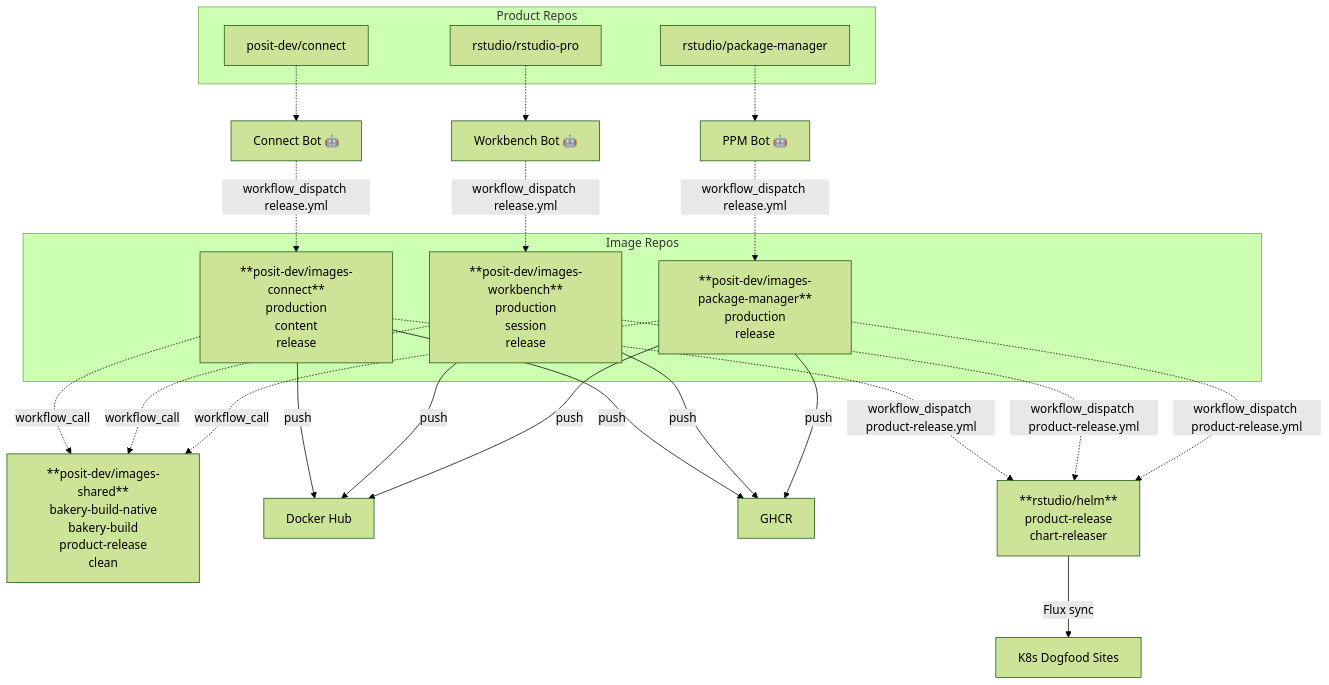
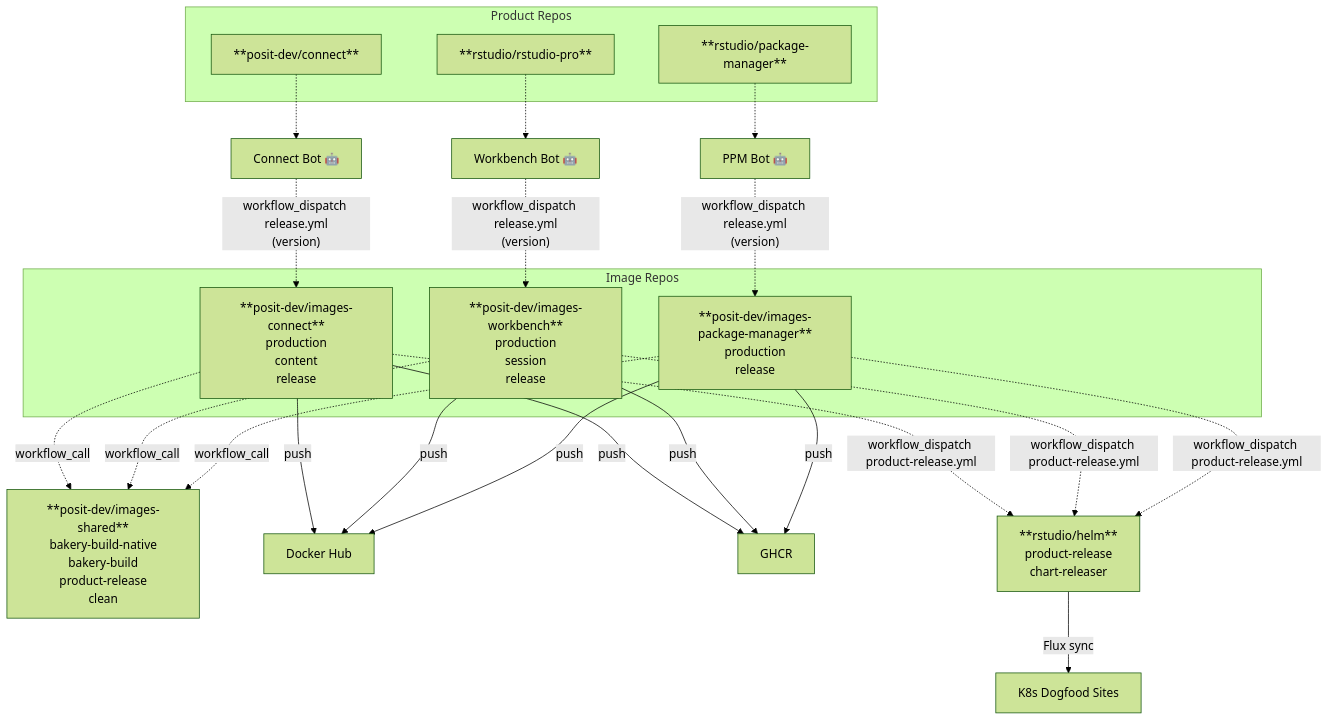
One commit to posit-dev/images-shared changed the second of 9 diagrams in docs/cross-repo-dag.md. Above: the diagram before and after it, drawn with Mermaid (forest theme). The commit also changed other lines of this file, not shown here.

First line of the commit message:
Split per-product diagrams and fix consistency

````diff
--- a/docs/cross-repo-dag.md
+++ b/docs/cross-repo-dag.md
@@ -48,51 +48,51 @@
 ```mermaid
 graph TD
     subgraph "Product Repos"
-        CONNECT_PROD["posit-dev/connect"]
-        WORKBENCH_PROD["rstudio/rstudio-pro"]
-        PPM_PROD["rstudio/package-manager"]
+        CONNECT_PROD["**posit-dev/connect**"]
+        WORKBENCH_PROD["**rstudio/rstudio-pro**"]
+        PPM_PROD["**rstudio/package-manager**"]
     end
 
     CONNECT_BOT["Connect Bot 🤖"]
     WORKBENCH_BOT["Workbench Bot 🤖"]
     PPM_BOT["PPM Bot 🤖"]
 
     CONNECT_PROD -.-> CONNECT_BOT
     WORKBENCH_PROD -.-> WORKBENCH_BOT
     PPM_PROD -.-> PPM_BOT
 
-    CONNECT_BOT -.->|"workflow_dispatch release.yml"| IMG_CONNECT
-    WORKBENCH_BOT -.->|"workflow_dispatch release.yml"| IMG_WORKBENCH
-    PPM_BOT -.->|"workflow_dispatch release.yml"| IMG_PM
+    CONNECT_BOT -.->|"workflow_dispatch release.yml<br/>(version)"| IMG_CONNECT
+    WORKBENCH_BOT -.->|"workflow_dispatch release.yml<br/>(version)"| IMG_WORKBENCH
+    PPM_BOT -.->|"workflow_dispatch release.yml<br/>(version)"| IMG_PM
 
     SHARED["**posit-dev/images-shared**<br/>bakery-build-native<br/>bakery-build<br/>product-release<br/>clean"]
 
     subgraph "Image Repos"
         IMG_CONNECT["**posit-dev/images-connect**<br/>production<br/>content<br/>release"]
         IMG_WORKBENCH["**posit-dev/images-workbench**<br/>production<br/>session<br/>release"]
         IMG_PM["**posit-dev/images-package-manager**<br/>production<br/>release"]
     end
 
     IMG_CONNECT -.->|workflow_call| SHARED
     IMG_WORKBENCH -.->|workflow_call| SHARED
     IMG_PM -.->|workflow_call| SHARED
 
     IMG_CONNECT -->|push| DOCKERHUB
     IMG_CONNECT -->|push| GHCR
     IMG_WORKBENCH -->|push| DOCKERHUB
     IMG_WORKBENCH -->|push| GHCR
     IMG_PM -->|push| DOCKERHUB
     IMG_PM -->|push| GHCR
 
     DOCKERHUB["Docker Hub"]
     GHCR["GHCR"]
 
     IMG_CONNECT -.->|"workflow_dispatch product-release.yml"| HELM
     IMG_WORKBENCH -.->|"workflow_dispatch product-release.yml"| HELM
     IMG_PM -.->|"workflow_dispatch product-release.yml"| HELM
 
     HELM["**rstudio/helm**<br/>product-release<br/>chart-releaser"]
     HELM -->|Flux sync| K8S
 
     K8S["K8s Dogfood Sites"]
 ```
````
